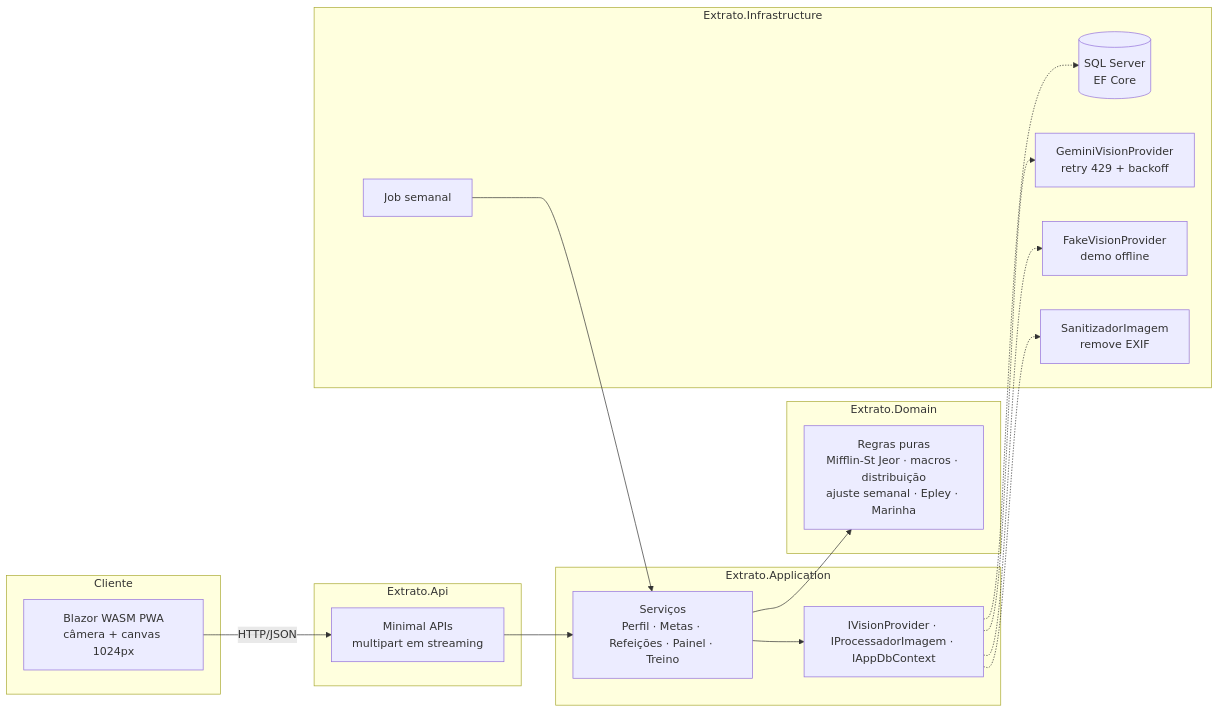
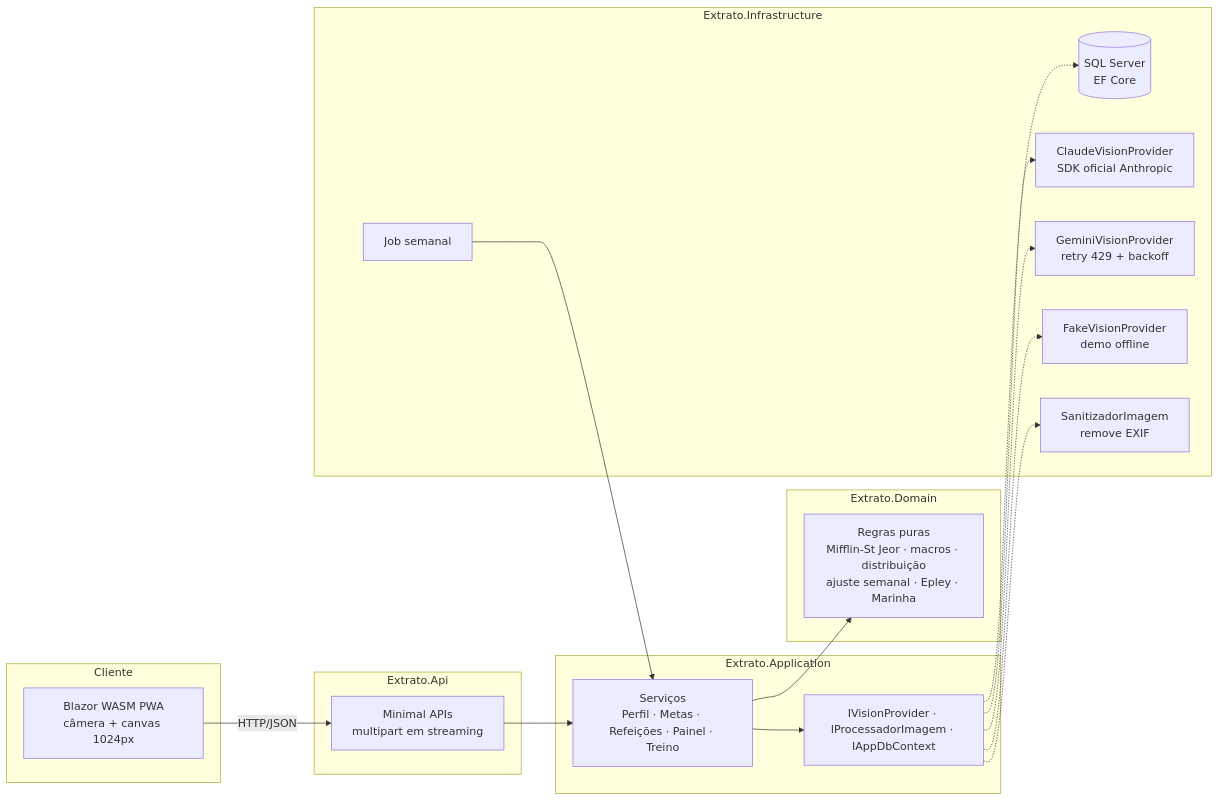
The diagram in README.md (ClaudioLopes/Extrato), drawn with Mermaid before and after one commit. The commit also changed other lines of this file and 7 other files, not shown here.

````diff
--- a/README.md
+++ b/README.md
@@ -21,27 +21,28 @@
 ```mermaid
 flowchart LR
     subgraph Cliente
       W[Blazor WASM PWA<br/>câmera + canvas 1024px]
     end
     subgraph Api[Extrato.Api]
       E[Minimal APIs<br/>multipart em streaming]
     end
     subgraph App[Extrato.Application]
       S[Serviços<br/>Perfil · Metas · Refeições · Painel · Treino]
       I[IVisionProvider · IProcessadorImagem · IAppDbContext]
     end
     subgraph Dom[Extrato.Domain]
       R[Regras puras<br/>Mifflin-St Jeor · macros · distribuição<br/>ajuste semanal · Epley · Marinha]
     end
     subgraph Infra[Extrato.Infrastructure]
       DB[(SQL Server<br/>EF Core)]
+      C[ClaudeVisionProvider<br/>SDK oficial Anthropic]
       G[GeminiVisionProvider<br/>retry 429 + backoff]
       F[FakeVisionProvider<br/>demo offline]
       X[SanitizadorImagem<br/>remove EXIF]
       J[Job semanal]
     end
     W -- HTTP/JSON --> E --> S --> R
     S --> I
-    I -.-> DB & G & F & X
+    I -.-> DB & C & G & F & X
     J --> S
 ```
````
